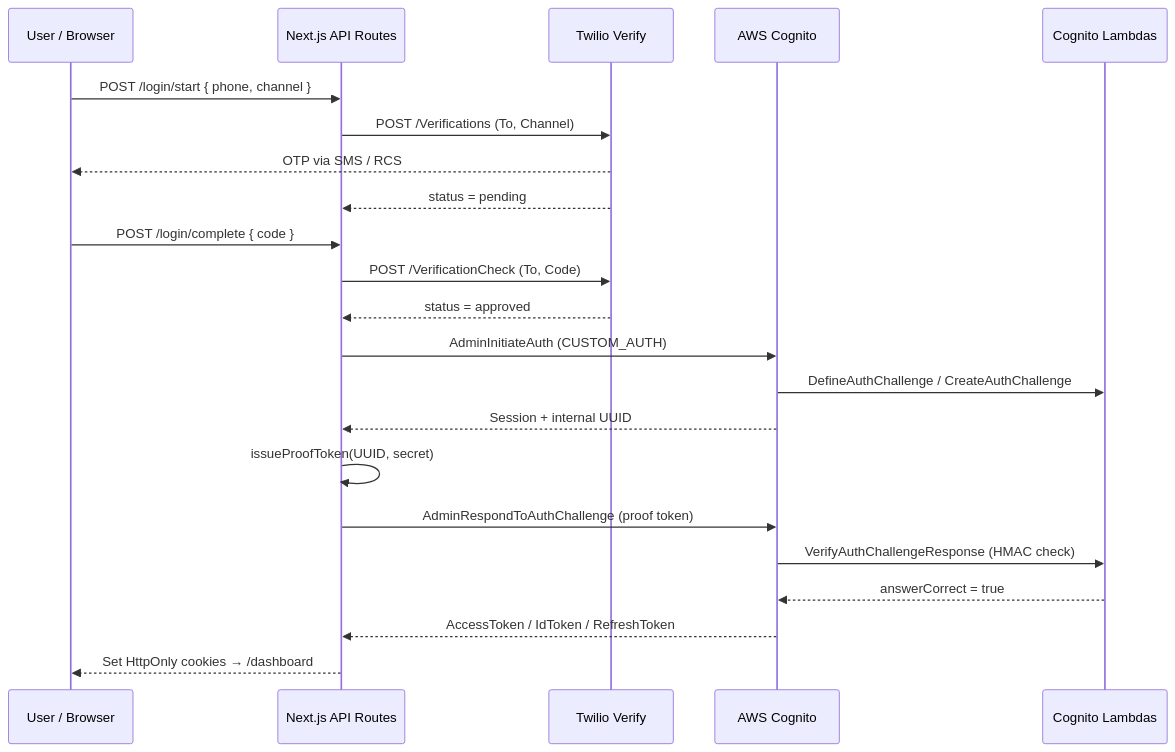
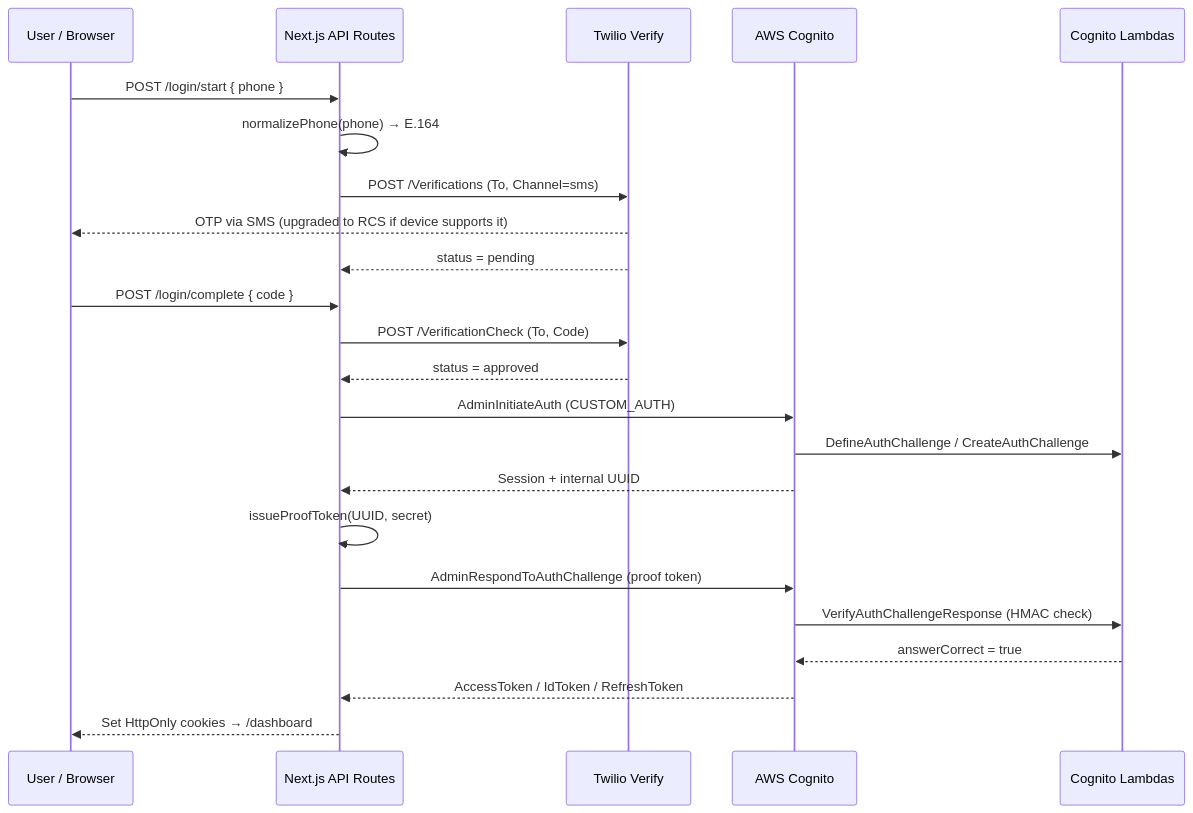
The diagram in README.md (nmogil-tw/twilio-verify-cognito-integration-demo), drawn with Mermaid before and after one commit.

Commit message:
Update login sequence diagram for RCS-upgrade model

````diff
--- a/README.md
+++ b/README.md
@@ -141,25 +141,26 @@
 ```mermaid
 sequenceDiagram
     participant U as User / Browser
     participant API as Next.js API Routes
     participant V as Twilio Verify
     participant C as AWS Cognito
     participant L as Cognito Lambdas
 
-    U->>API: POST /login/start { phone, channel }
-    API->>V: POST /Verifications (To, Channel)
-    V-->>U: OTP via SMS / RCS
+    U->>API: POST /login/start { phone }
+    API->>API: normalizePhone(phone) → E.164
+    API->>V: POST /Verifications (To, Channel=sms)
+    V-->>U: OTP via SMS (upgraded to RCS if device supports it)
     V-->>API: status = pending
     U->>API: POST /login/complete { code }
     API->>V: POST /VerificationCheck (To, Code)
     V-->>API: status = approved
     API->>C: AdminInitiateAuth (CUSTOM_AUTH)
     C->>L: DefineAuthChallenge / CreateAuthChallenge
     C-->>API: Session + internal UUID
     API->>API: issueProofToken(UUID, secret)
     API->>C: AdminRespondToAuthChallenge (proof token)
     C->>L: VerifyAuthChallengeResponse (HMAC check)
     L-->>C: answerCorrect = true
     C-->>API: AccessToken / IdToken / RefreshToken
     API-->>U: Set HttpOnly cookies → /dashboard
 ```
````
